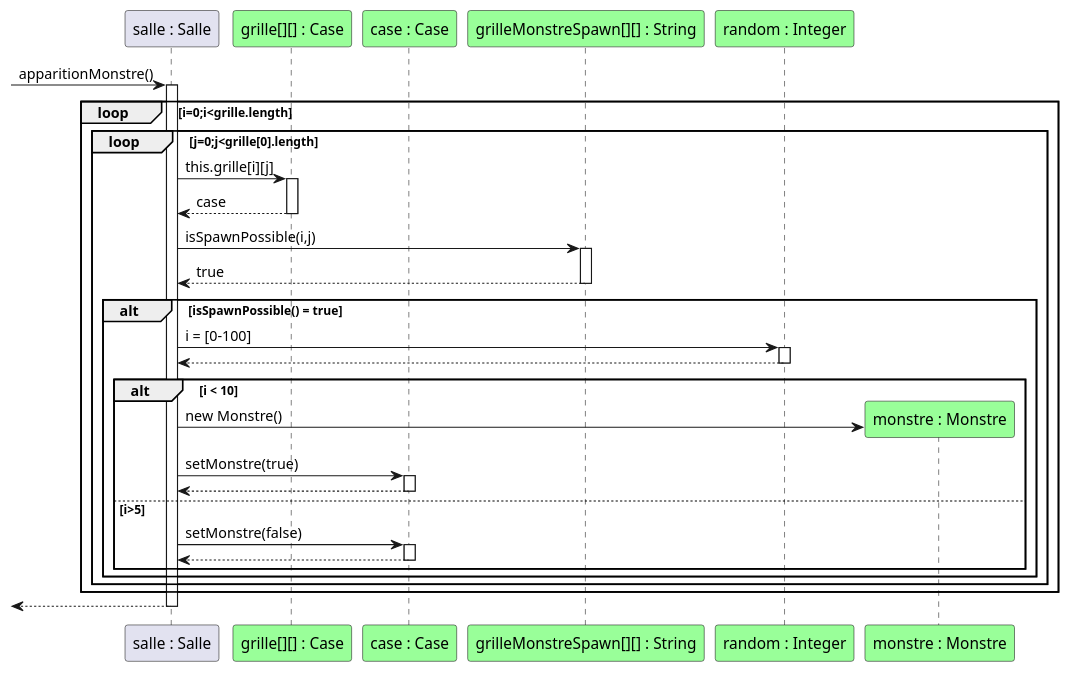
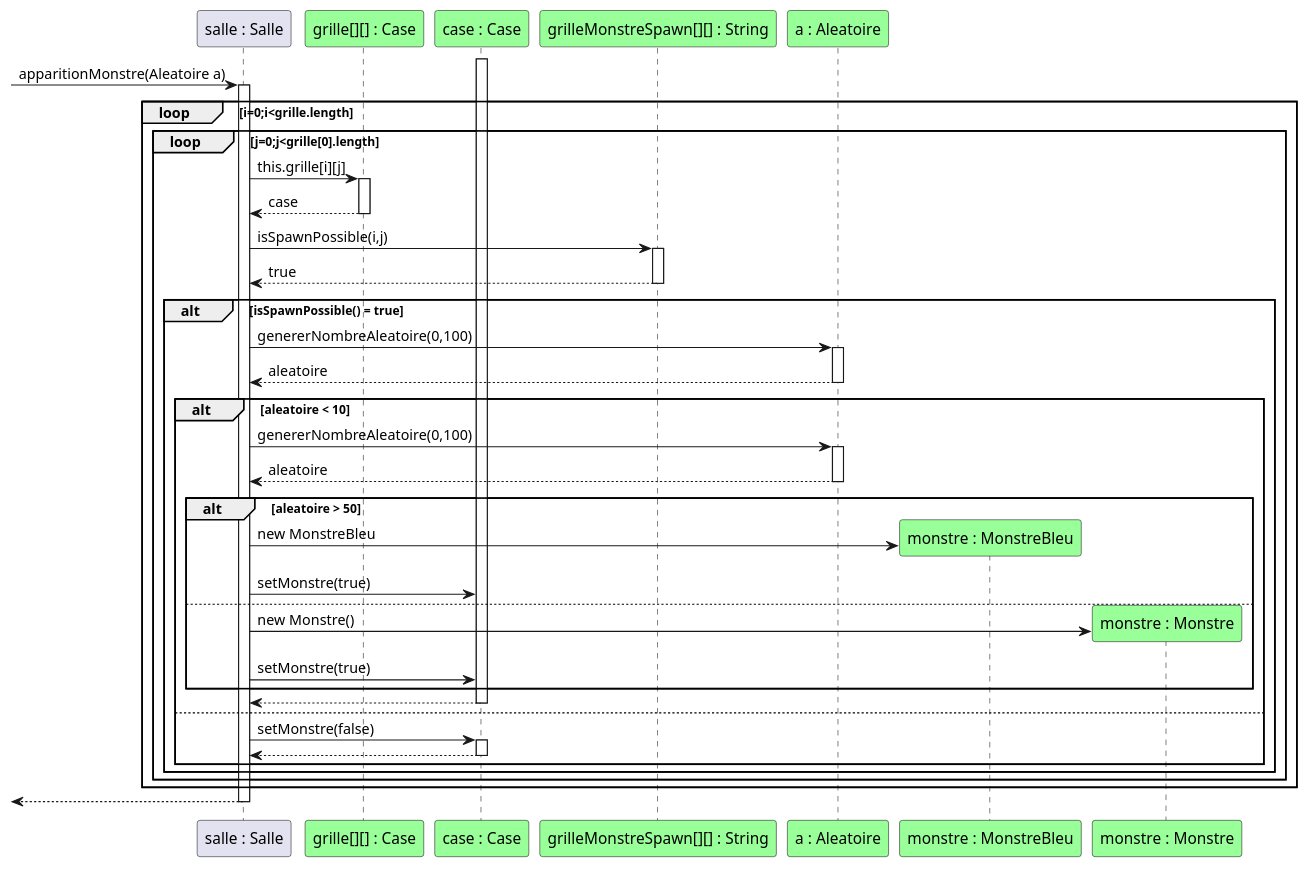
The diagram in projet_zeldiablo/sequence_Salle_apparition_des_ennemis.puml (GeoffroyMuller/2018_COO_Zeldiablo), drawn with PlantUML before and after one commit. The commit also changed 12 other files, not shown here.

Commit message:
Ajout diagramme + nouveau type de monstre + modif desattaque

```diff
--- a/projet_zeldiablo/sequence_Salle_apparition_des_ennemis.puml
+++ b/projet_zeldiablo/sequence_Salle_apparition_des_ennemis.puml
@@ -1,50 +1,60 @@
 @startuml
 Participant "salle : Salle" as s
 Participant "grille[][] : Case" as coord #99FF99
 Participant "case : Case" as c #99FF99
 Participant "grilleMonstreSpawn[][] : String" as spawn #99FF99
-Participant "random : Integer" as rdm #99FF99
+Participant "a : Aleatoire" as rdm #99FF99
 
-->s : apparitionMonstre()
+->s : apparitionMonstre(Aleatoire a)
 activate s
 loop i=0;i<grille.length
 loop j=0;j<grille[0].length
 s->coord : this.grille[i][j]
 activate coord
 coord-->s : case
 deactivate coord
 
 s->spawn : isSpawnPossible(i,j)
 activate spawn
 spawn-->s : true
 deactivate spawn
 
 alt isSpawnPossible() = true
 
 
 
 
-s->rdm : i = [0-100]
+s->rdm : genererNombreAleatoire(0,100)
 activate rdm
-rdm-->s
+rdm-->s : aleatoire
 deactivate rdm
-alt i < 10
+alt aleatoire < 10
+s->rdm : genererNombreAleatoire(0,100)
+activate rdm
+rdm-->s : aleatoire
+deactivate rdm
+alt aleatoire > 50
+create "monstre : MonstreBleu" as monstreB #99FF99
+s->monstreB : new MonstreBleu
+s->c : setMonstre(true)
+else
 create "monstre : Monstre" as monstre #99FF99
 s->monstre : new Monstre()
 s->c : setMonstre(true)
+end
 activate c
 c-->s
 deactivate c
-else i>5
+else
 s->c : setMonstre(false)
 activate c
 c-->s 
 deactivate c
 
 end
 end
 end
 end
 <--s
 deactivate s
 @enduml
```
